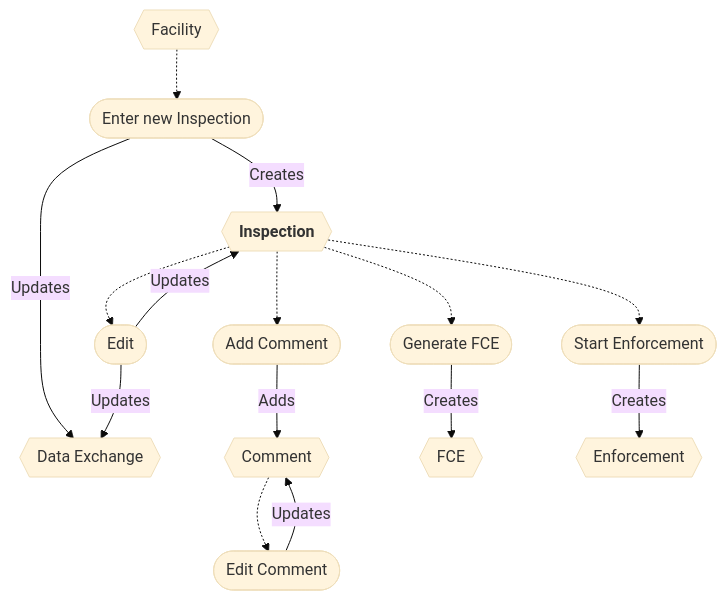
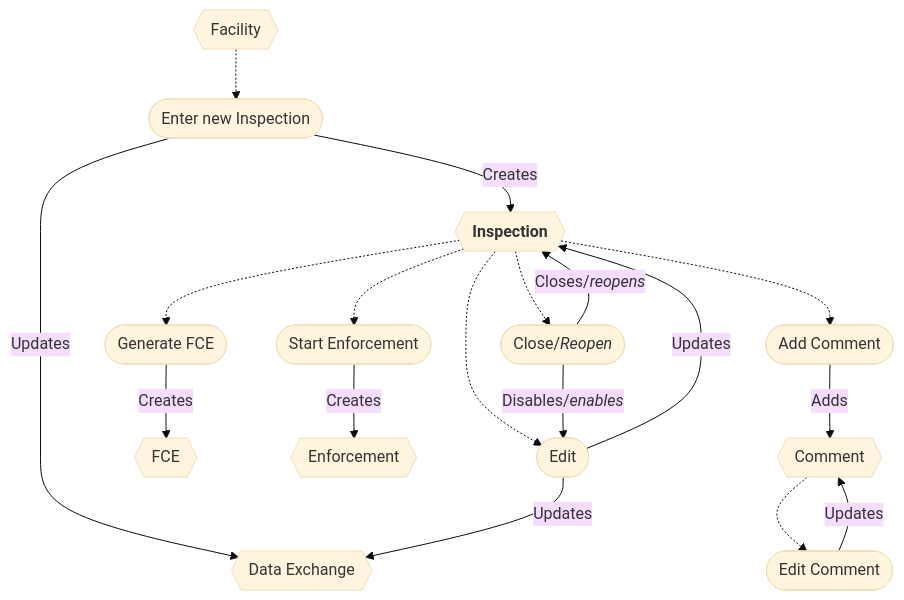
One commit to gaepdit/air-web changed the first of 2 diagrams in docs/Workflows/Work-entries/Inspection.md. Above: the diagram before and after it, drawn with Mermaid (base theme). The commit also changed other lines of this file and 8 other files, not shown here.

Commit message:
Update workflow diagrams

````diff
--- a/docs/Workflows/Work-entries/Inspection.md
+++ b/docs/Workflows/Work-entries/Inspection.md
@@ -9,33 +10,35 @@
 ```mermaid
 flowchart
     FAC{{Facility}}
-    INS{{"`**Inspection**`"}}
+    WRK{{"`**Inspection**`"}}
     DX{{Data Exchange}}
     CMT{{Comment}}
     FCE{{FCE}}
     ENF{{Enforcement}}
 
     enter([Enter new Inspection])
     comment([Add Comment])
     edit([Edit])
     enforce([Start Enforcement])
+    close(["`Close/*Reopen*`"])
     editComment([Edit Comment])
     fce([Generate FCE])
 
     FAC -.-> enter
-    INS -.-> edit
-    INS -.-> comment
-    INS -.-> enforce
-    INS -.-> fce
+    WRK -.-> edit
+    WRK -.-> close
+    WRK -.-> comment
+    WRK -.-> enforce
+    WRK -.-> fce
     CMT -.-> editComment
-
-    enter -->|Creates| INS
-    edit -->|Updates| INS
+    close -->|"`Disables/*enables*`"| edit
+    enter -->|Creates| WRK
+    edit -->|Updates| WRK
+    close -->|"`Closes/*reopens*`"| WRK
     editComment -->|Updates| CMT
     comment -->|Adds| CMT
     fce -->|Creates| FCE
     enforce -->|Creates| ENF
     enter -->|Updates| DX
     edit -->|Updates| DX
-
 ```
````
